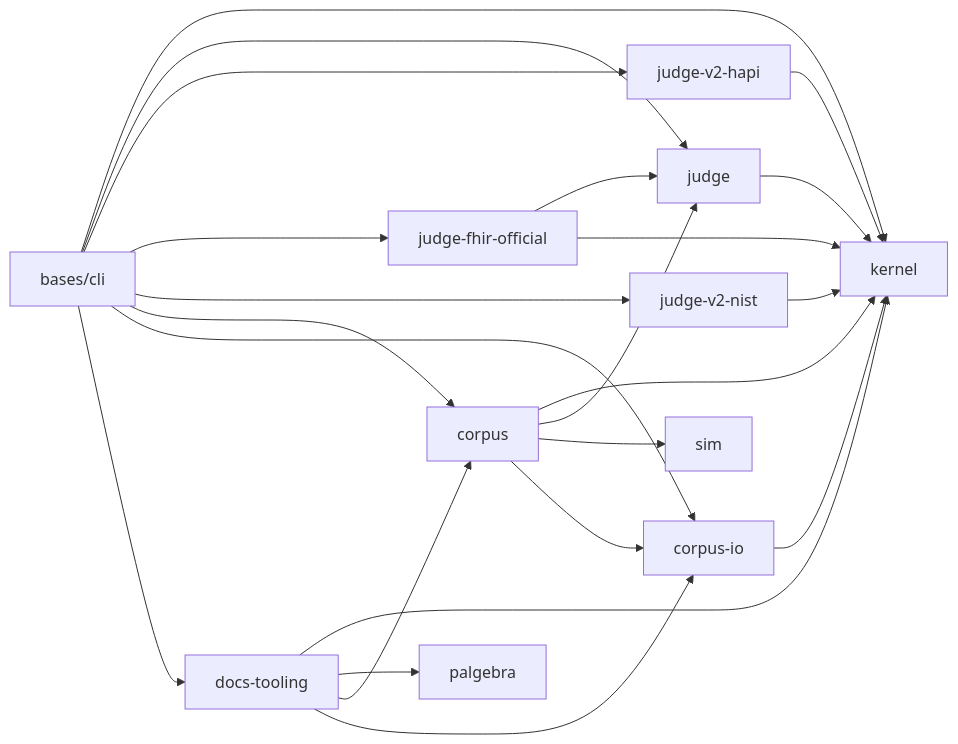
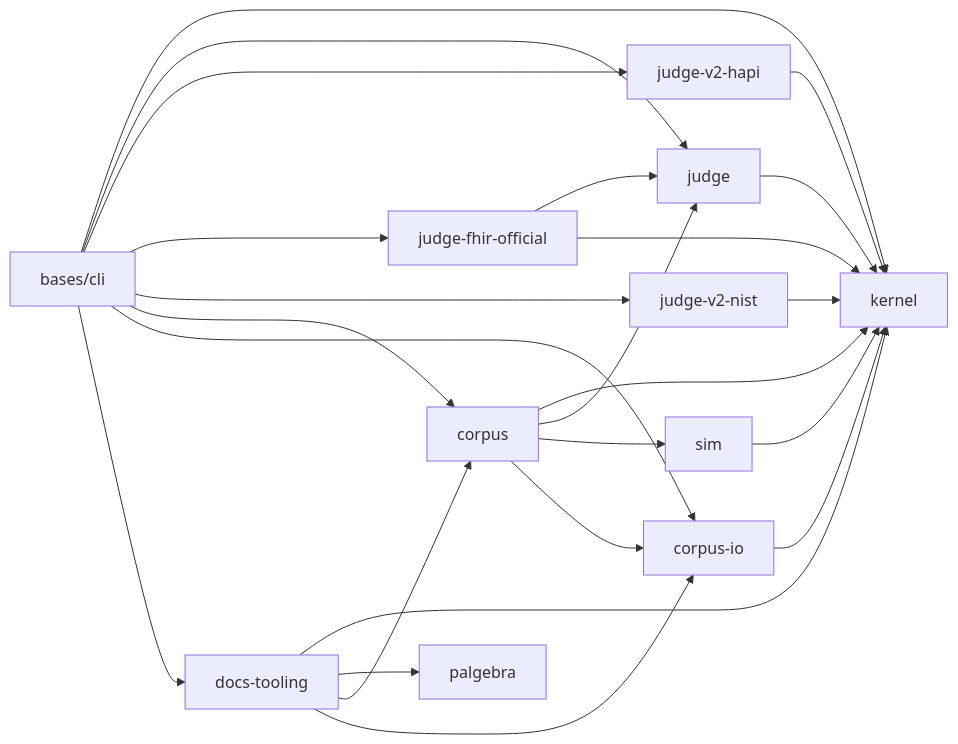
Before and after one commit to pragsmike/ehr-testing-tools: the diagram in docs/dev/architecture.md, drawn with Mermaid. The commit also changed other lines of this file and 21 other files, not shown here.

Commit message:
refactor: sim adopts ehrt.kernel.result (ruled 2026-08-01) -- private envelope retired per its own expiry condition, sim->kernel edge added, adapter conversion simplified; all sim outputs and error paths byte-identical

````diff
--- a/docs/dev/architecture.md
+++ b/docs/dev/architecture.md
@@ -25,37 +25,38 @@
 ```mermaid
 flowchart LR
     kernel[kernel]
     judge[judge]
     judgev2hapi[judge-v2-hapi]
     judgefhirofficial[judge-fhir-official]
     judgev2nist[judge-v2-nist]
     corpus[corpus]
     corpusio[corpus-io]
     docstooling[docs-tooling]
     palgebra[palgebra]
     sim[sim]
     cli[bases/cli]
 
     judge --> kernel
     judgev2hapi --> kernel
     judgefhirofficial --> judge
     judgefhirofficial --> kernel
     judgev2nist --> kernel
     corpusio --> kernel
     corpus --> kernel
     corpus --> judge
     corpus --> sim
     corpus --> corpusio
+    sim --> kernel
     docstooling --> kernel
     docstooling --> palgebra
     docstooling --> corpus
     docstooling --> corpusio
     cli --> kernel
     cli --> judge
     cli --> judgev2hapi
     cli --> judgefhirofficial
     cli --> judgev2nist
     cli --> corpus
     cli --> corpusio
     cli --> docstooling
 ```
````
